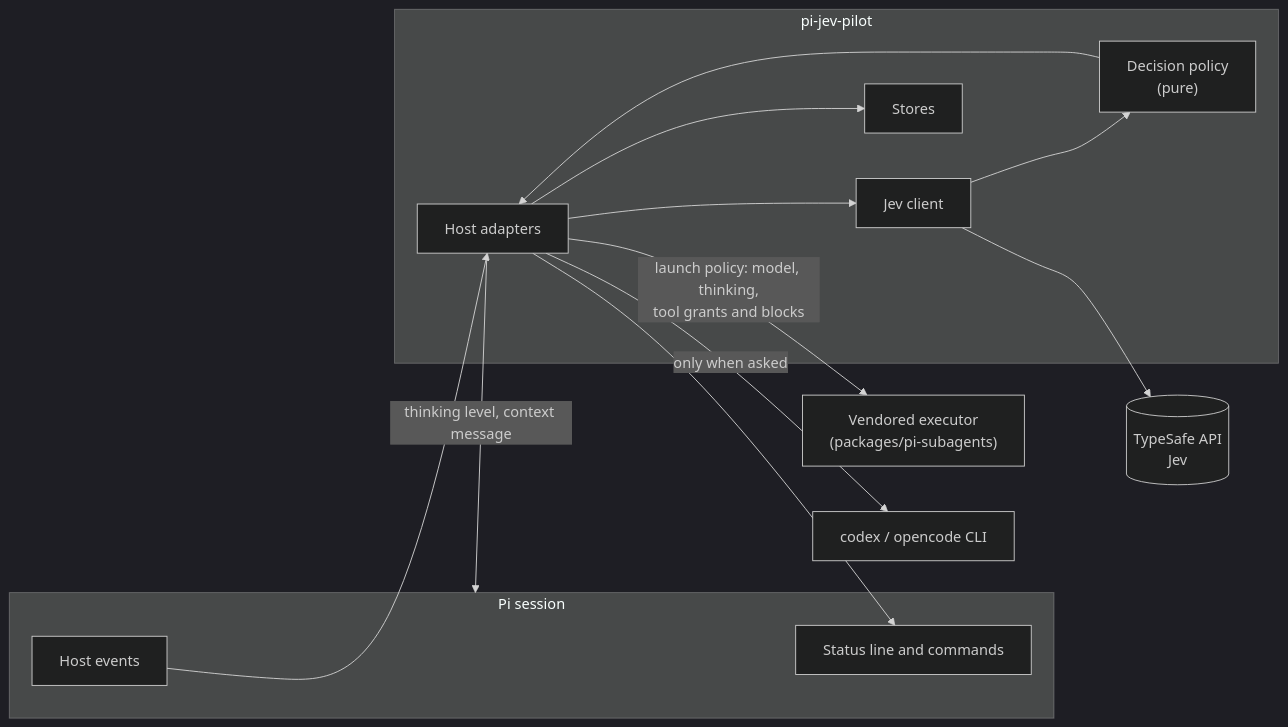
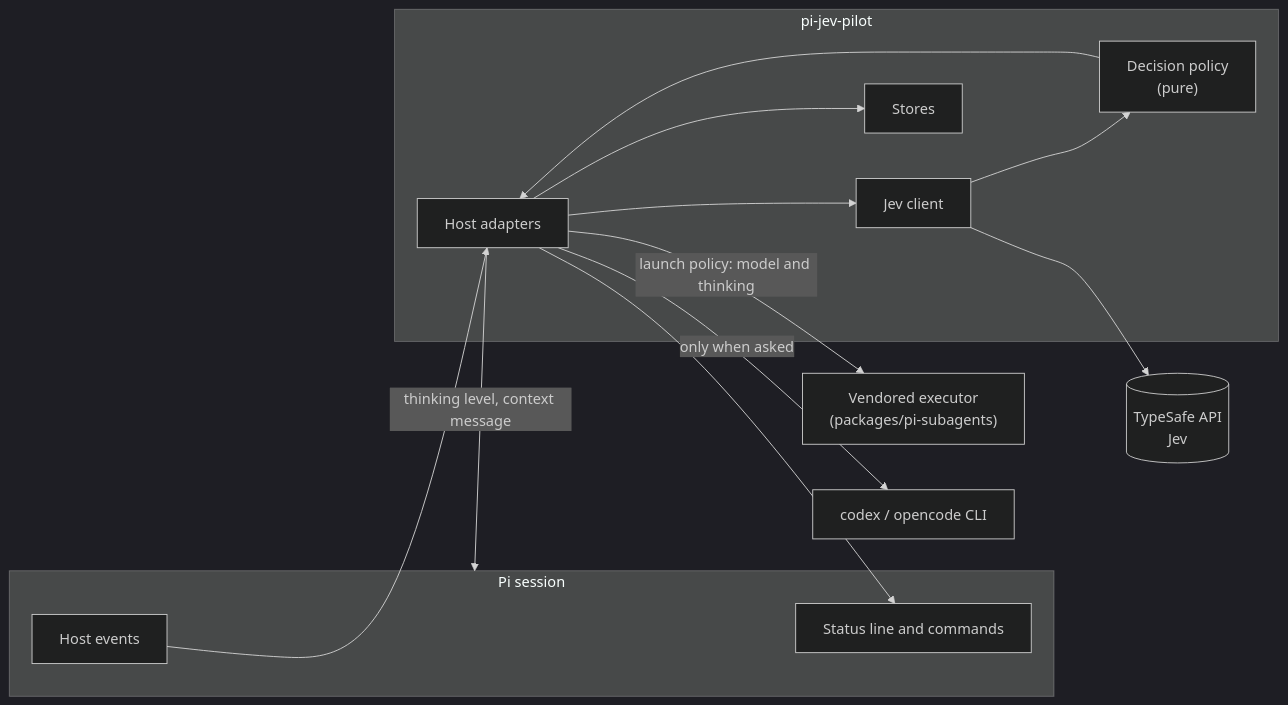
Before and after one commit to ttdua/pi-jev-pilot: the first of 2 diagrams in docs/architecture.md, drawn with Mermaid (dark theme). The commit also changed other lines of this file and 95 other files, not shown here.

````diff
--- a/docs/architecture.md
+++ b/docs/architecture.md
@@ -9,25 +9,25 @@
 ```mermaid
 flowchart LR
     subgraph Pi["Pi session"]
         E["Host events"]
         U["Status line and commands"]
     end
     subgraph Ext["pi-jev-pilot"]
         H["Host adapters"]
         P["Decision policy<br/>(pure)"]
         C["Jev client"]
         S["Stores"]
     end
     J[("TypeSafe API<br/>Jev")]
     X["Vendored executor<br/>(packages/pi-subagents)"]
     CLI["codex / opencode CLI"]
 
     E --> H
     H --> C --> J
     C --> P --> H
     H -- "thinking level, context message" --> Pi
-    H -- "launch policy: model, thinking,<br/>tool grants and blocks" --> X
+    H -- "launch policy: model and thinking" --> X
     H --> U
     H --> S
     H -- "only when asked" --> CLI
 ```
````
